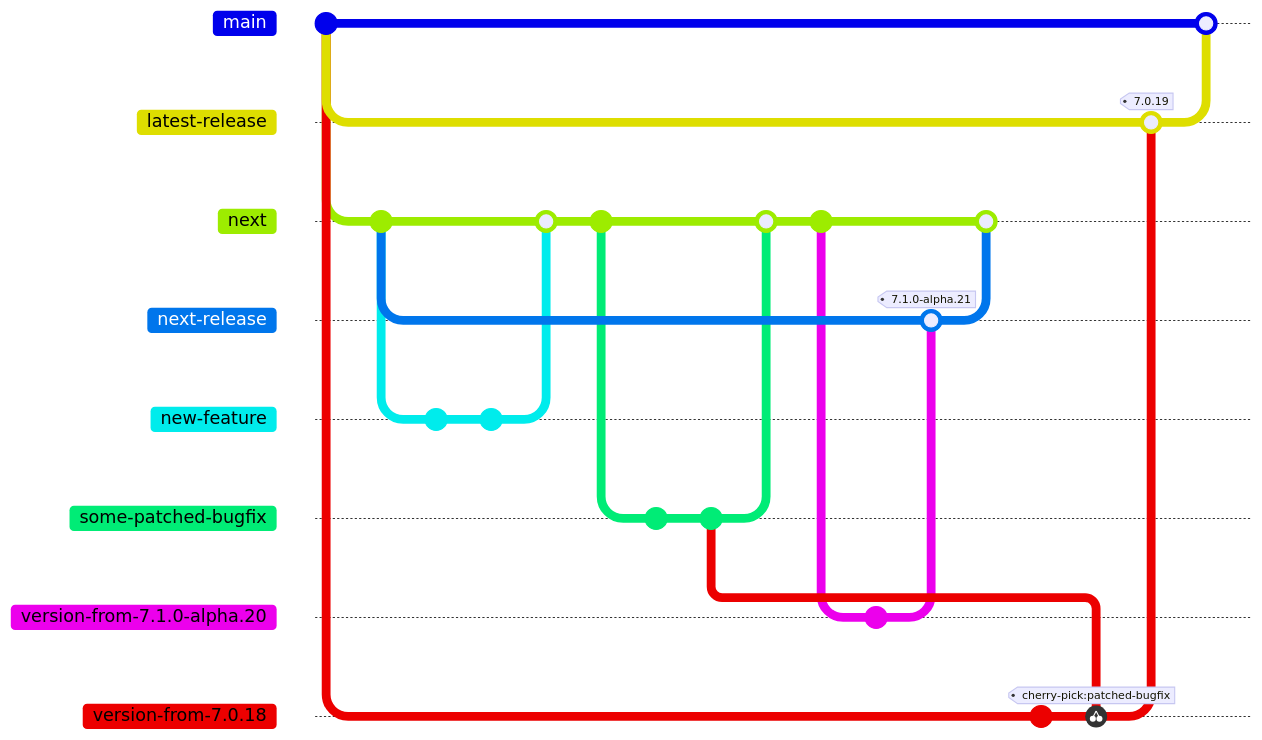
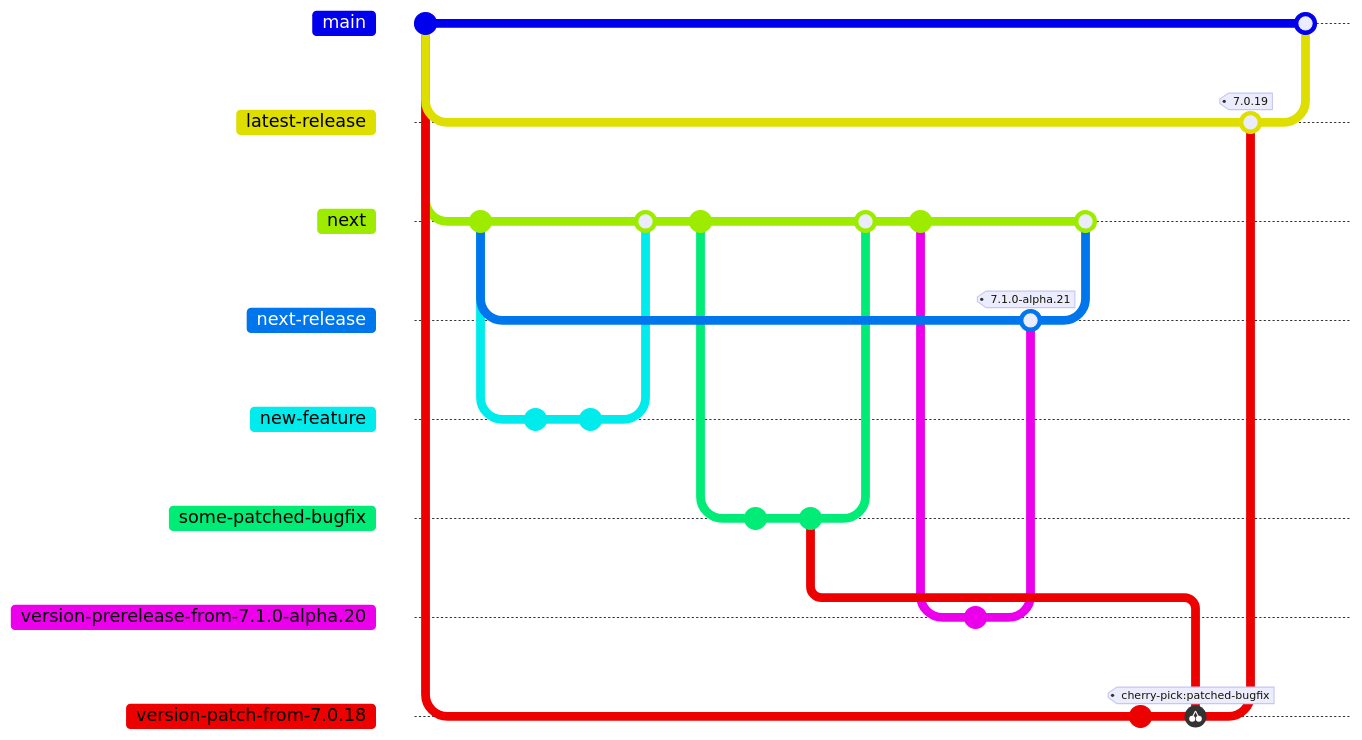
The second of 6 diagrams in CONTRIBUTING/RELEASING.md (W427697/Discord-), drawn with Mermaid before and after one commit. The commit also changed other lines of this file, not shown here. Commit ids are hidden.

````diff
--- a/CONTRIBUTING/RELEASING.md
+++ b/CONTRIBUTING/RELEASING.md
@@ -103,38 +102,34 @@
 ```mermaid
 gitGraph
     commit
     branch latest-release
     branch next
-    checkout next
     commit
     branch next-release
     branch new-feature
-    checkout new-feature
     commit
     commit
     checkout next
     merge new-feature
     commit
     branch some-patched-bugfix
-    checkout some-patched-bugfix
     commit
     commit id: "patched-bugfix"
     checkout next
     merge some-patched-bugfix
     commit
-    branch version-from-7.1.0-alpha.20
-    checkout version-from-7.1.0-alpha.20
+    branch version-prerelease-from-7.1.0-alpha.20
     commit
     checkout next-release
-    merge version-from-7.1.0-alpha.20 tag: "7.1.0-alpha.21"
+    merge version-prerelease-from-7.1.0-alpha.20 tag: "7.1.0-alpha.21"
     checkout next
     merge next-release
     checkout main
-    branch version-from-7.0.18
+    branch version-patch-from-7.0.18
     commit
     cherry-pick id: "patched-bugfix"
     checkout latest-release
-    merge version-from-7.0.18 tag: "7.0.19"
+    merge version-patch-from-7.0.18 tag: "7.0.19"
     checkout main
     merge latest-release
 ```
````
